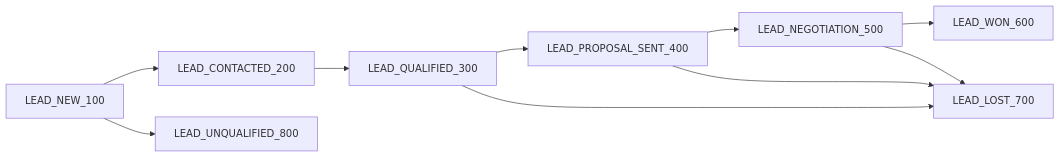
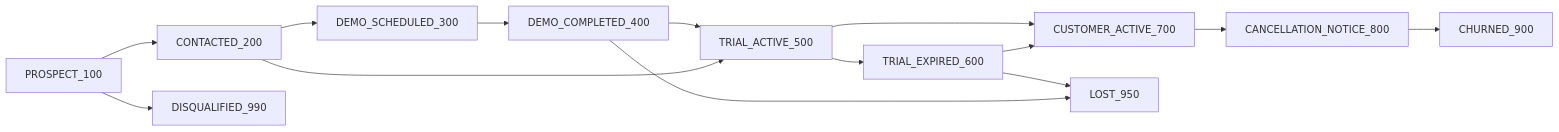
The diagram in README.md (21072026/Marketing), drawn with Mermaid before and after one commit. The commit also changed other lines of this file and 35 other files, not shown here.

````diff
--- a/README.md
+++ b/README.md
@@ -29,12 +39,16 @@
 ```mermaid
 flowchart LR
-  A[LEAD_NEW_100] --> B[LEAD_CONTACTED_200]
-  B --> C[LEAD_QUALIFIED_300]
-  C --> D[LEAD_PROPOSAL_SENT_400]
-  D --> E[LEAD_NEGOTIATION_500]
-  E --> F[LEAD_WON_600]
-  A --> H[LEAD_UNQUALIFIED_800]
-  C --> G[LEAD_LOST_700]
-  D --> G
-  E --> G
+  A[PROSPECT_100] --> B[CONTACTED_200]
+  B --> C[DEMO_SCHEDULED_300]
+  C --> D[DEMO_COMPLETED_400]
+  D --> E[TRIAL_ACTIVE_500]
+  B --> E
+  E --> F[TRIAL_EXPIRED_600]
+  E --> G[CUSTOMER_ACTIVE_700]
+  F --> G
+  G --> H[CANCELLATION_NOTICE_800]
+  H --> I[CHURNED_900]
+  F --> J[LOST_950]
+  D --> J
+  A --> K[DISQUALIFIED_990]
 ```
````
